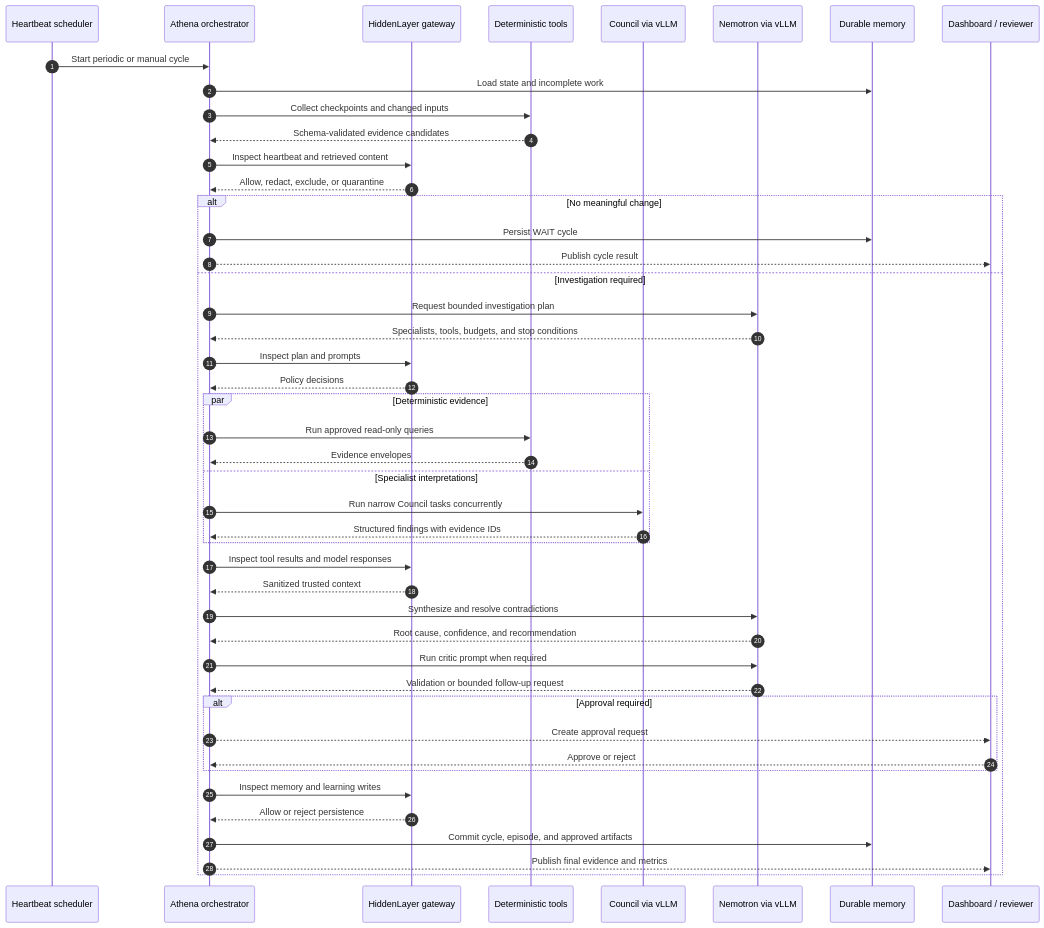
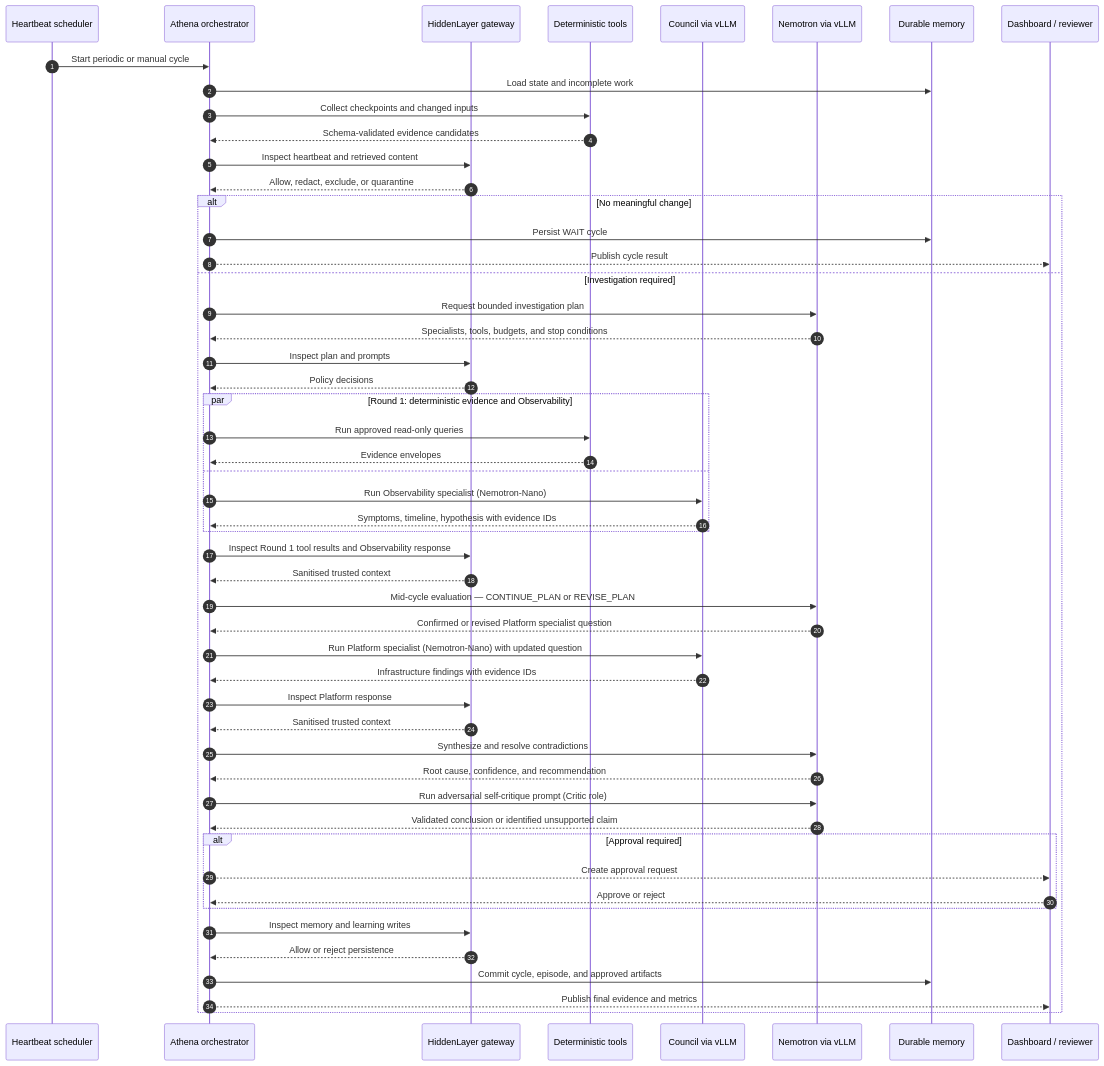
One commit to srikanthkodali9/athena changed the third of 5 diagrams in docs/architecture.md. Above: the diagram before and after it, drawn with Mermaid. The commit also changed other lines of this file and 4 other files, not shown here.

````diff
--- a/docs/architecture.md
+++ b/docs/architecture.md
@@ -162,54 +162,64 @@
 ```mermaid
 sequenceDiagram
     autonumber
     participant H as Heartbeat scheduler
     participant A as Athena orchestrator
     participant HL as HiddenLayer gateway
     participant T as Deterministic tools
     participant C as Council via vLLM
     participant N as Nemotron via vLLM
     participant M as Durable memory
     participant U as Dashboard / reviewer
 
     H->>A: Start periodic or manual cycle
     A->>M: Load state and incomplete work
     A->>T: Collect checkpoints and changed inputs
     T-->>A: Schema-validated evidence candidates
     A->>HL: Inspect heartbeat and retrieved content
     HL-->>A: Allow, redact, exclude, or quarantine
 
     alt No meaningful change
         A->>M: Persist WAIT cycle
         A-->>U: Publish cycle result
     else Investigation required
         A->>N: Request bounded investigation plan
         N-->>A: Specialists, tools, budgets, and stop conditions
         A->>HL: Inspect plan and prompts
         HL-->>A: Policy decisions
 
-        par Deterministic evidence
+        par Round 1: deterministic evidence and Observability
             A->>T: Run approved read-only queries
             T-->>A: Evidence envelopes
-        and Specialist interpretations
-            A->>C: Run narrow Council tasks concurrently
-            C-->>A: Structured findings with evidence IDs
+        and
+            A->>C: Run Observability specialist (Nemotron-Nano)
+            C-->>A: Symptoms, timeline, hypothesis with evidence IDs
         end
 
-        A->>HL: Inspect tool results and model responses
-        HL-->>A: Sanitized trusted context
+        A->>HL: Inspect Round 1 tool results and Observability response
+        HL-->>A: Sanitised trusted context
+
+        A->>N: Mid-cycle evaluation — CONTINUE_PLAN or REVISE_PLAN
+        N-->>A: Confirmed or revised Platform specialist question
+
+        A->>C: Run Platform specialist (Nemotron-Nano) with updated question
+        C-->>A: Infrastructure findings with evidence IDs
+
+        A->>HL: Inspect Platform response
+        HL-->>A: Sanitised trusted context
+
         A->>N: Synthesize and resolve contradictions
         N-->>A: Root cause, confidence, and recommendation
-        A->>N: Run critic prompt when required
-        N-->>A: Validation or bounded follow-up request
+        A->>N: Run adversarial self-critique prompt (Critic role)
+        N-->>A: Validated conclusion or identified unsupported claim
 
         alt Approval required
             A-->>U: Create approval request
             U-->>A: Approve or reject
         end
 
         A->>HL: Inspect memory and learning writes
         HL-->>A: Allow or reject persistence
         A->>M: Commit cycle, episode, and approved artifacts
         A-->>U: Publish final evidence and metrics
     end
 ```
````
